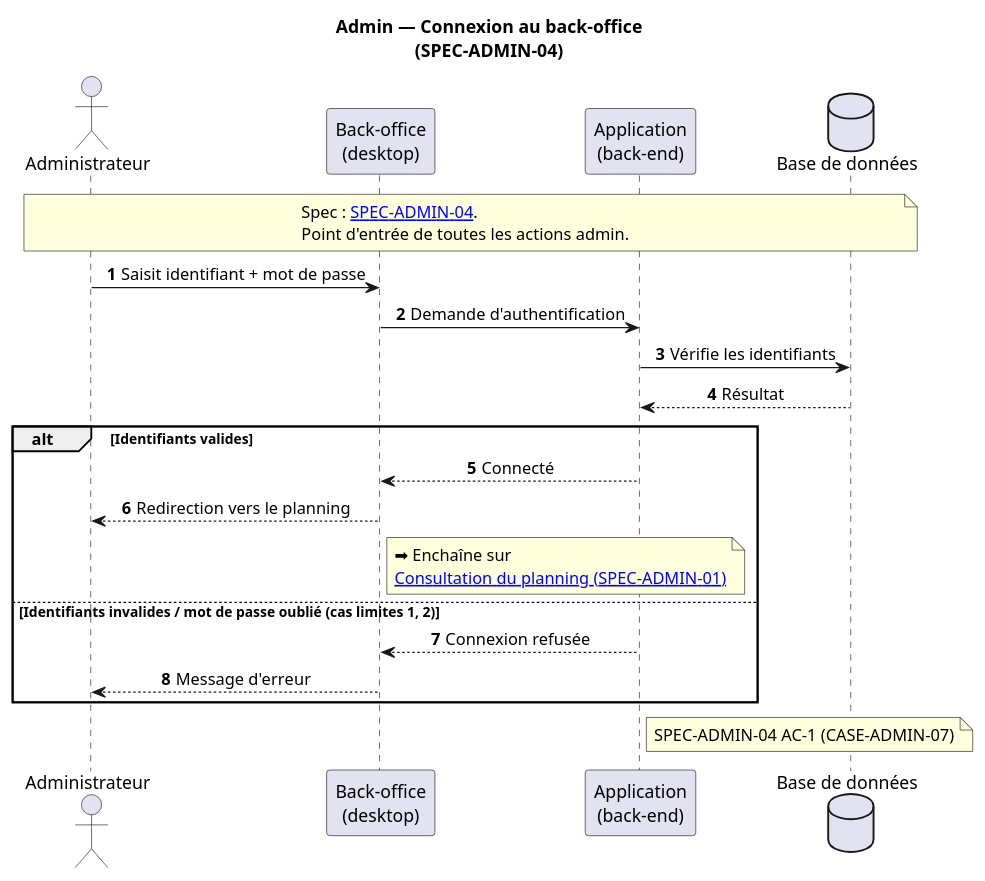
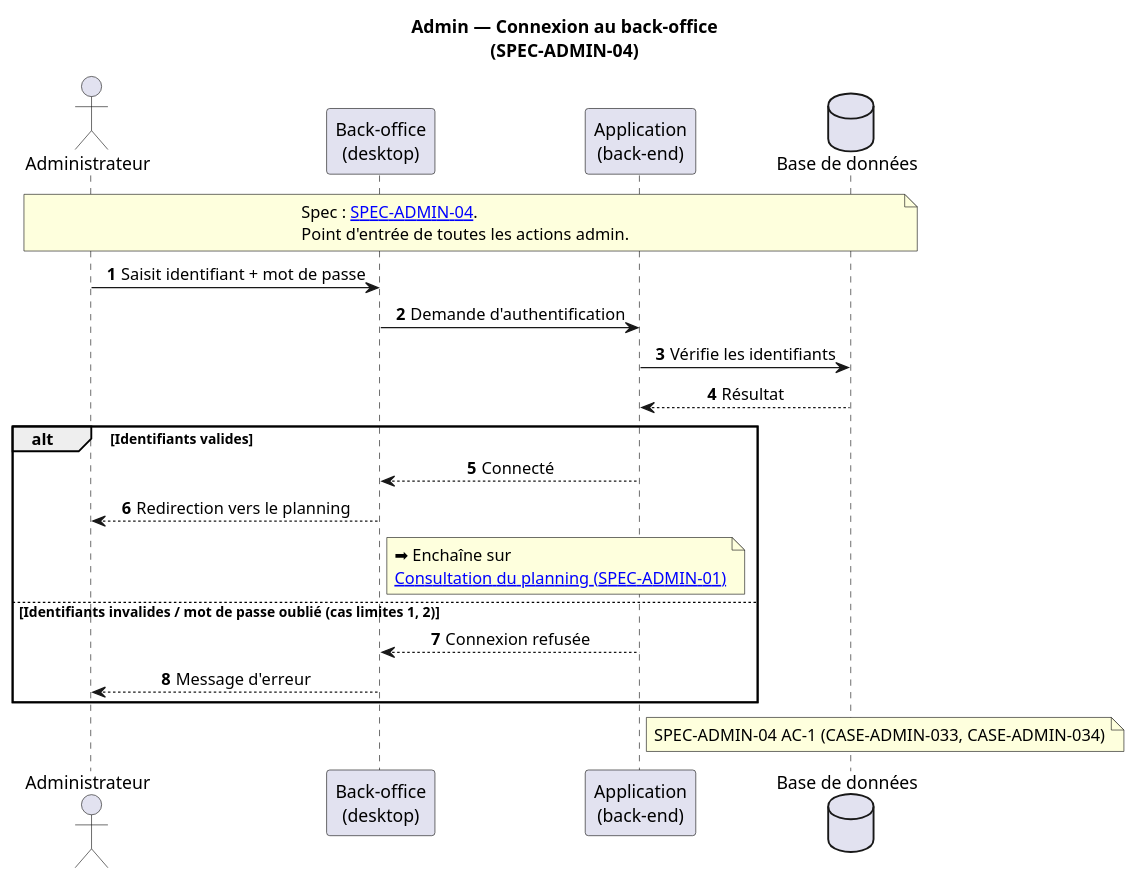
The diagram in docs/uml/sequences/admin-login.puml (Pinguin211/Ti_Baleine), drawn with PlantUML before and after one commit. The commit also changed 80 other files, not shown here.

Commit message:
FEAT(Test): Ajout des test case de la partie admin

```diff
--- a/docs/uml/sequences/admin-login.puml
+++ b/docs/uml/sequences/admin-login.puml
@@ -1,35 +1,35 @@
 @startuml admin-login
 title Admin — Connexion au back-office\n(SPEC-ADMIN-04)
 
 skinparam sequenceMessageAlign center
 skinparam maxMessageSize 240
 autonumber
 
 actor "Administrateur" as Admin
 participant "Back-office\n(desktop)" as BO
 participant "Application\n(back-end)" as App
 database "Base de données" as BDD
 
 note over Admin, BDD
   Spec : [[../../../specs/admin.md SPEC-ADMIN-04]].
   Point d'entrée de toutes les actions admin.
 end note
 
 Admin -> BO : Saisit identifiant + mot de passe
 BO -> App : Demande d'authentification
 App -> BDD : Vérifie les identifiants
 BDD --> App : Résultat
 alt Identifiants valides
     App --> BO : Connecté
     BO --> Admin : Redirection vers le planning
     note right of BO
       ➡ Enchaîne sur
       [[admin-consultation-planning.svg Consultation du planning (SPEC-ADMIN-01)]]
     end note
 else Identifiants invalides / mot de passe oublié (cas limites 1, 2)
     App --> BO : Connexion refusée
     BO --> Admin : Message d'erreur
 end
-note right of App : SPEC-ADMIN-04 AC-1 (CASE-ADMIN-07)
+note right of App : SPEC-ADMIN-04 AC-1 (CASE-ADMIN-033, CASE-ADMIN-034)
 
 @enduml
```
